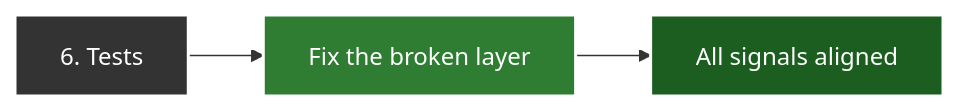
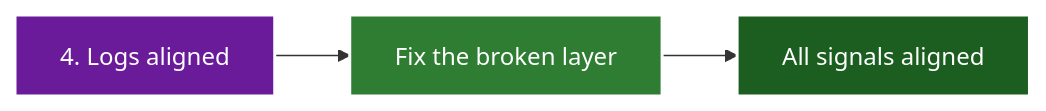
Before and after one commit to jacoby149/web10: the fourth of 4 diagrams in knowledge/knowledge-theories/ai-use-theory.md, drawn with Mermaid. The commit also changed other lines of this file, not shown here.

Commit message:
docs: debugging order — orient first, tests produce logs, then compare

````diff
--- a/knowledge/knowledge-theories/ai-use-theory.md
+++ b/knowledge/knowledge-theories/ai-use-theory.md
@@ -98,13 +104,13 @@
 ```mermaid
 flowchart LR
-    S6["6. Tests"] --> F["Fix the broken layer"]
+    S4["4. Logs aligned"] --> F["Fix the broken layer"]
     F --> V["All signals aligned"]
 
-    classDef signal fill:#333,color:#fff,stroke:#fff,stroke-width:2px
+    classDef compare fill:#6a1b9a,color:#fff,stroke:#fff,stroke-width:2px
     classDef fix fill:#2e7d32,color:#fff,stroke:#fff,stroke-width:2px
     classDef done fill:#1b5e20,color:#fff,stroke:#fff,stroke-width:2px
 
-    class S6 signal
+    class S4 compare
     class F fix
     class V done
 ```
````
